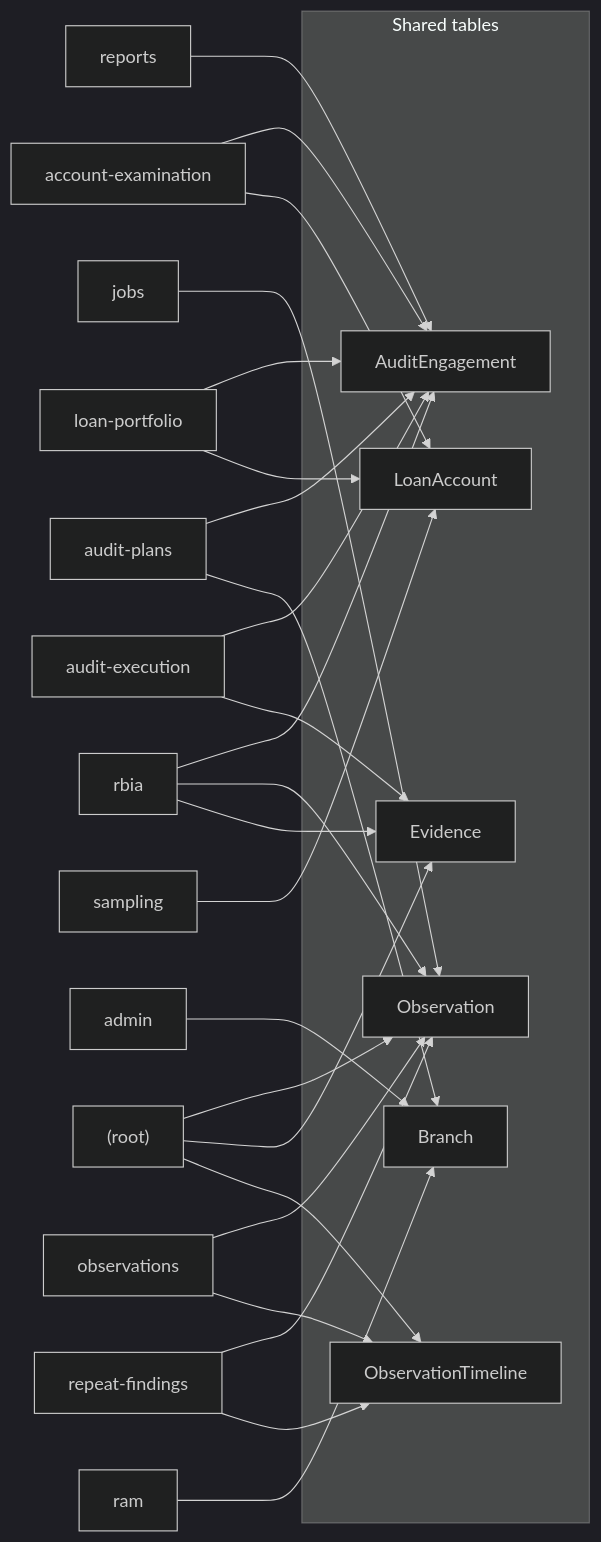
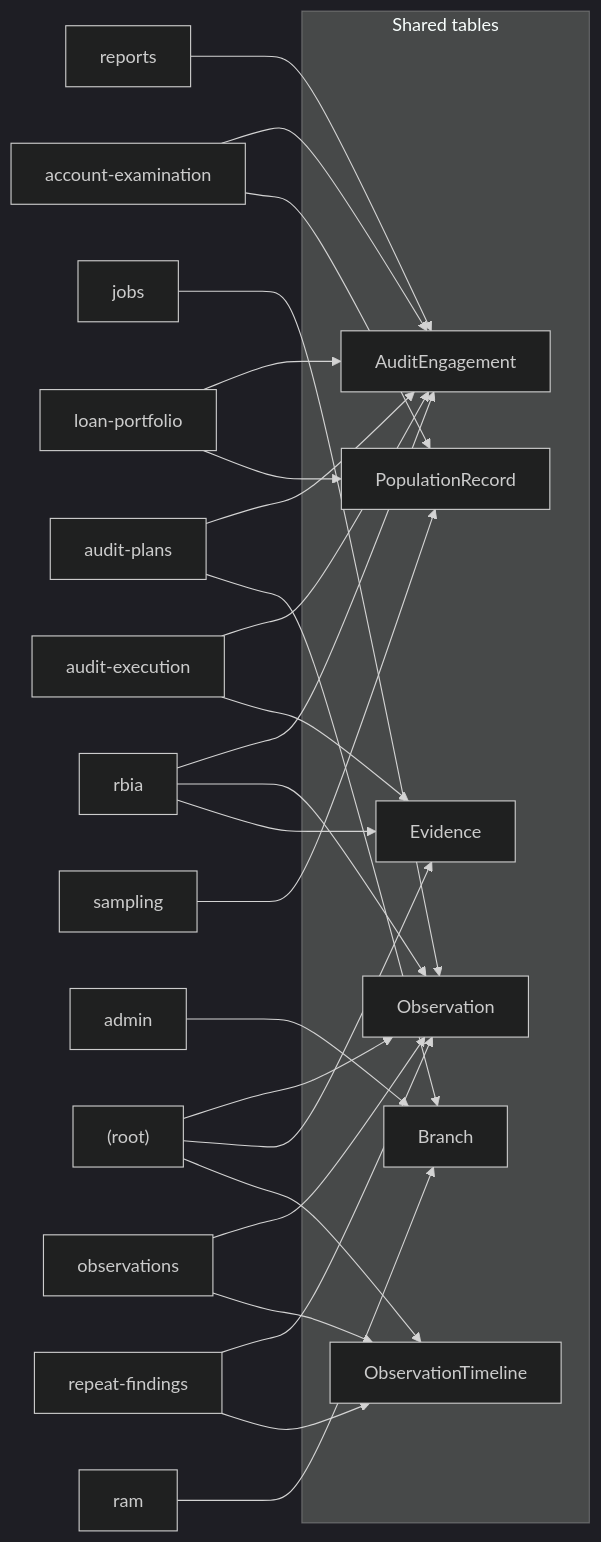
Before and after one commit to nc-sapiex/aegis-2: the first of 3 diagrams in docs/reference/data-flows.md, drawn with Mermaid (dark theme). The commit also changed other lines of this file and 22 other files, not shown here.

First line of the commit message:
feat(schema): PopulationRecord generalizes LoanAccount

````diff
--- a/docs/reference/data-flows.md
+++ b/docs/reference/data-flows.md
@@ -74,47 +74,47 @@
 ```mermaid
 flowchart LR
     subgraph hubs [Shared tables]
         T_AuditEngagement["AuditEngagement"]
         T_Observation["Observation"]
-        T_LoanAccount["LoanAccount"]
+        T_PopulationRecord["PopulationRecord"]
         T_Branch["Branch"]
         T_Evidence["Evidence"]
         T_ObservationTimeline["ObservationTimeline"]
     end
     D_account_examination["account-examination"]
     D_account_examination --> T_AuditEngagement
     D_audit_execution["audit-execution"]
     D_audit_execution --> T_AuditEngagement
     D_audit_plans["audit-plans"]
     D_audit_plans --> T_AuditEngagement
     D_loan_portfolio["loan-portfolio"]
     D_loan_portfolio --> T_AuditEngagement
     D_rbia["rbia"]
     D_rbia --> T_AuditEngagement
     D_reports["reports"]
     D_reports --> T_AuditEngagement
     D__root_["(root)"]
     D__root_ --> T_Observation
     D_jobs["jobs"]
     D_jobs --> T_Observation
     D_observations["observations"]
     D_observations --> T_Observation
     D_rbia --> T_Observation
     D_repeat_findings["repeat-findings"]
     D_repeat_findings --> T_Observation
-    D_account_examination --> T_LoanAccount
-    D_loan_portfolio --> T_LoanAccount
+    D_account_examination --> T_PopulationRecord
+    D_loan_portfolio --> T_PopulationRecord
     D_sampling["sampling"]
-    D_sampling --> T_LoanAccount
+    D_sampling --> T_PopulationRecord
     D_admin["admin"]
     D_admin --> T_Branch
     D_audit_plans --> T_Branch
     D_ram["ram"]
     D_ram --> T_Branch
     D__root_ --> T_Evidence
     D_audit_execution --> T_Evidence
     D_rbia --> T_Evidence
     D__root_ --> T_ObservationTimeline
     D_observations --> T_ObservationTimeline
     D_repeat_findings --> T_ObservationTimeline
 ```
````
